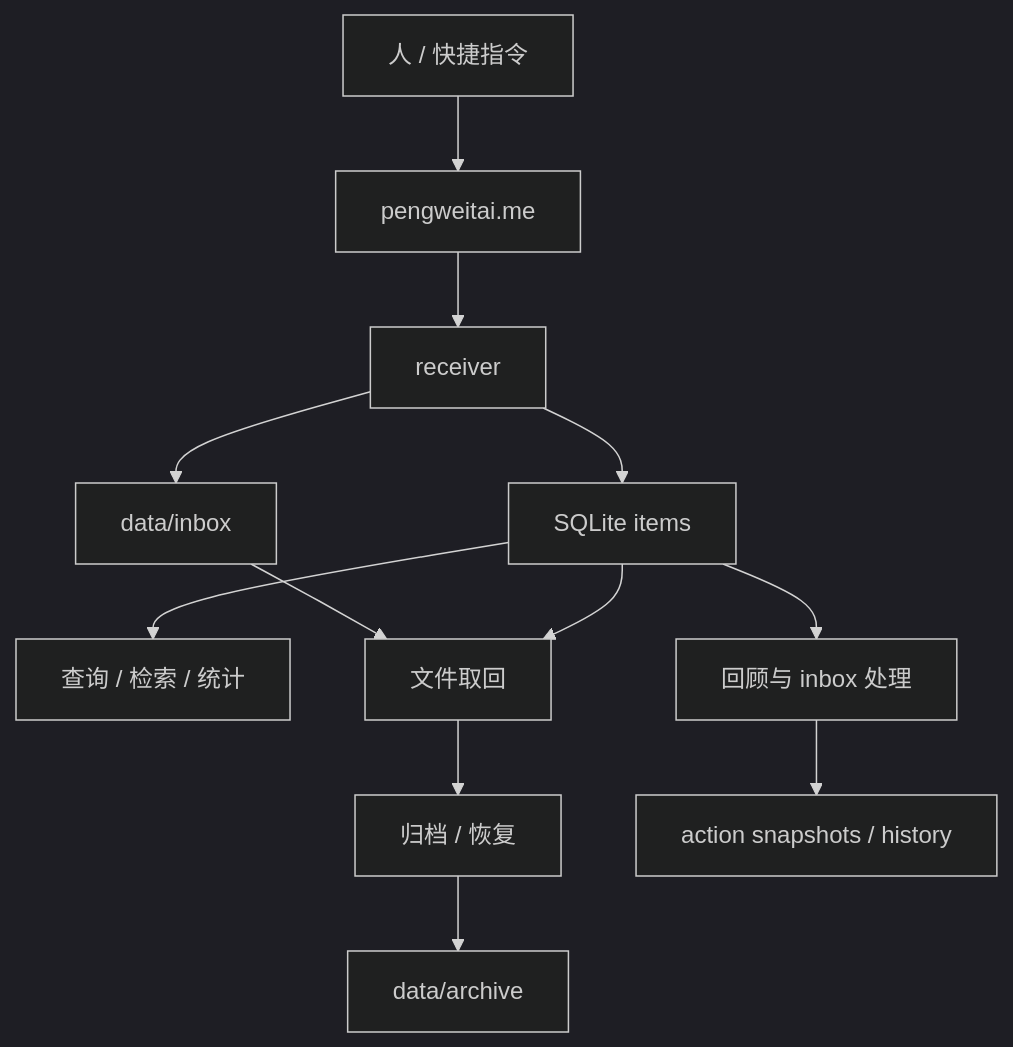
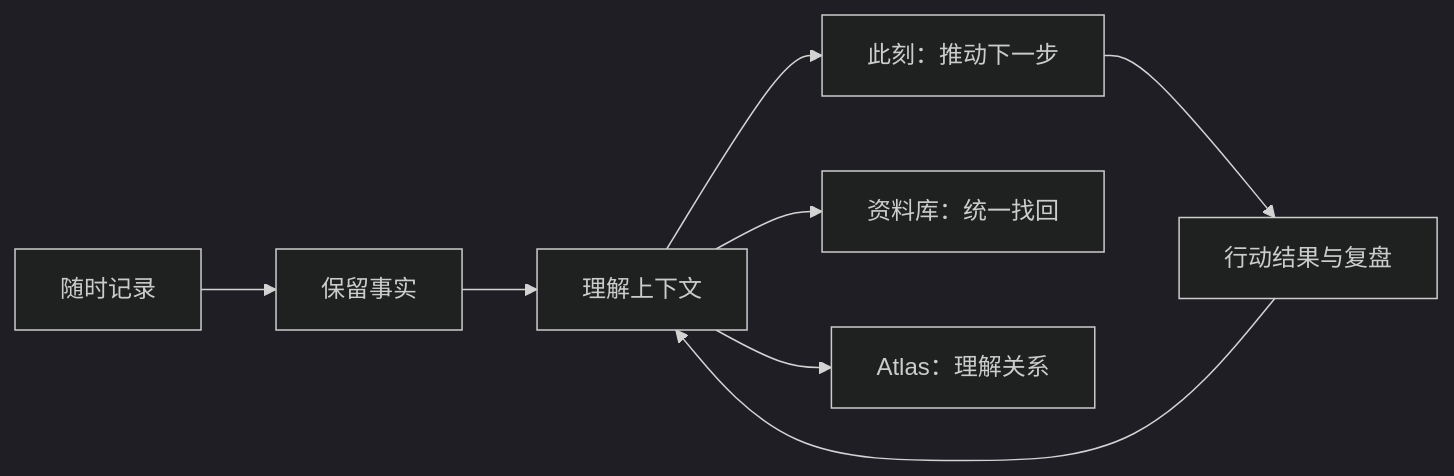
One commit to PengWeiTaing/Axiom changed the diagram in docs/HUMAN_CONTEXT.md. Above: the diagram before and after it, drawn with Mermaid (dark theme). The commit also changed other lines of this file and 45 other files, not shown here.

````diff
--- a/docs/HUMAN_CONTEXT.md
+++ b/docs/HUMAN_CONTEXT.md
@@ -21,14 +22,10 @@
 ```mermaid
-flowchart TD
-    A["人 / 快捷指令"] --> B["pengweitai.me"]
-    B --> C["receiver"]
-    C --> D["data/inbox"]
-    C --> E["SQLite items"]
-    E --> F["查询 / 检索 / 统计"]
-    D --> G["文件取回"]
-    E --> G
-    G --> H["归档 / 恢复"]
-    H --> I["data/archive"]
-    E --> J["回顾与 inbox 处理"]
-    J --> K["action snapshots / history"]
+flowchart LR
+    A["随时记录"] --> B["保留事实"]
+    B --> C["理解上下文"]
+    C --> D["此刻：推动下一步"]
+    C --> E["资料库：统一找回"]
+    C --> F["Atlas：理解关系"]
+    D --> G["行动结果与复盘"]
+    G --> C
 ```
````
